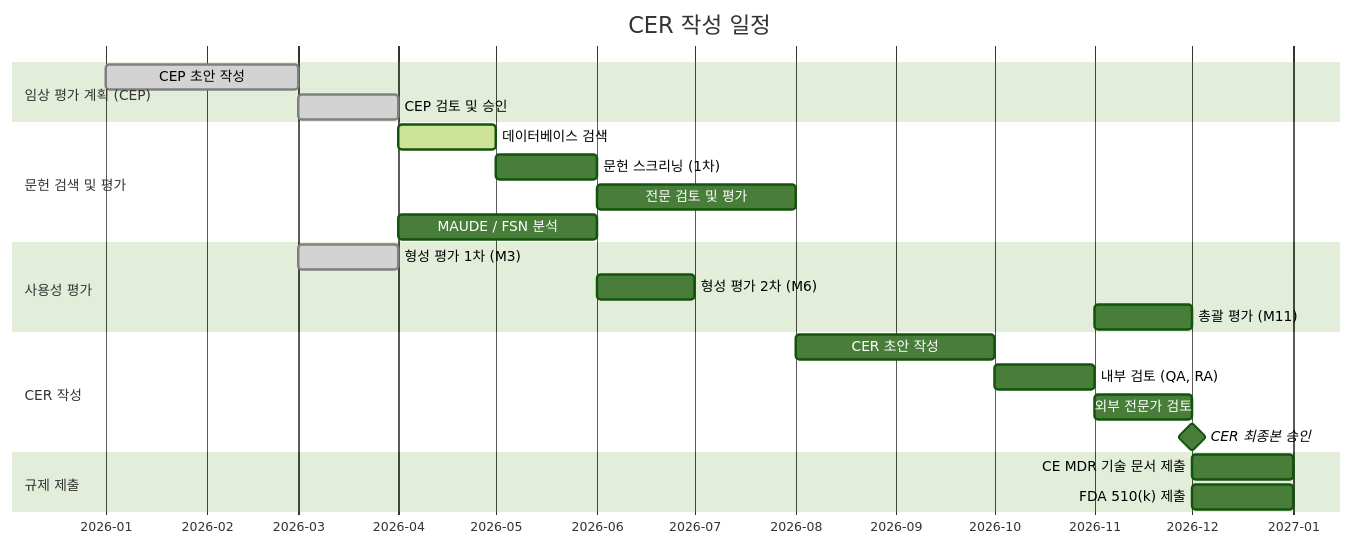
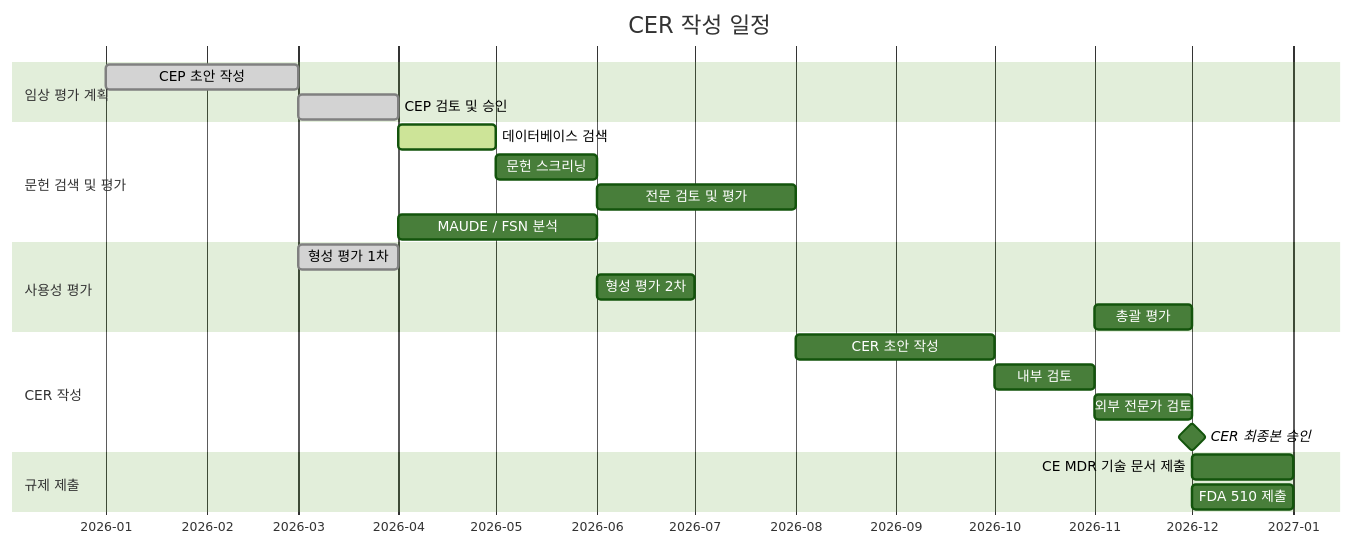
The seventh of 7 diagrams in docs/regulatory/DOC-020_Clinical_Evaluation_Plan_v1.0.md (holee9/console-gui), drawn with Mermaid (forest theme) before and after one commit. The commit also changed 10 other files, not shown here.

First line of the commit message:
fix: Gantt 차트 전면 수정 + 버전 불일치 해소

````diff
--- a/docs/regulatory/DOC-020_Clinical_Evaluation_Plan_v1.0.md
+++ b/docs/regulatory/DOC-020_Clinical_Evaluation_Plan_v1.0.md
@@ -612,31 +612,32 @@
 ```mermaid
 gantt
     title CER 작성 일정
     dateFormat  YYYY-MM
     axisFormat  %Y-%m
 
-    section 임상 평가 계획 (CEP)
+    section 임상 평가 계획
     CEP 초안 작성           :done, cep1, 2026-01, 2M
     CEP 검토 및 승인         :done, cep2, 2026-03, 1M
 
     section 문헌 검색 및 평가
     데이터베이스 검색        :active, lit1, 2026-04, 1M
-    문헌 스크리닝 (1차)      :lit2, after lit1, 1M
+    문헌 스크리닝      :lit2, after lit1, 1M
     전문 검토 및 평가        :lit3, after lit2, 2M
     MAUDE / FSN 분석         :lit4, 2026-04, 2M
 
     section 사용성 평가
-    형성 평가 1차 (M3)       :done, ue1, 2026-03, 1M
-    형성 평가 2차 (M6)       :ue2, 2026-06, 1M
-    총괄 평가 (M11)          :ue3, 2026-11, 1M
+    형성 평가 1차       :done, ue1, 2026-03, 1M
+    형성 평가 2차       :ue2, 2026-06, 1M
+    총괄 평가          :ue3, 2026-11, 1M
 
     section CER 작성
     CER 초안 작성            :cer1, after lit3, 2M
-    내부 검토 (QA, RA)       :cer2, after cer1, 1M
+    내부 검토       :cer2, after cer1, 1M
     외부 전문가 검토         :cer3, after cer2, 1M
     CER 최종본 승인          :milestone, cerFinal, after cer3, 0d
 
     section 규제 제출
     CE MDR 기술 문서 제출    :reg1, after cerFinal, 1M
-    FDA 510(k) 제출          :reg2, after cerFinal, 1M
+    FDA 510 제출          :reg2, after cerFinal, 1M
+
 ```
````
